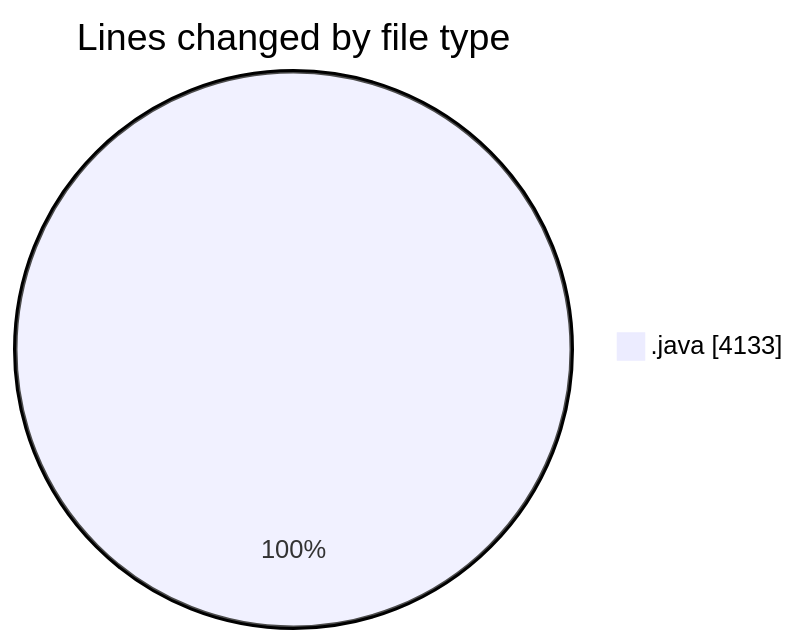
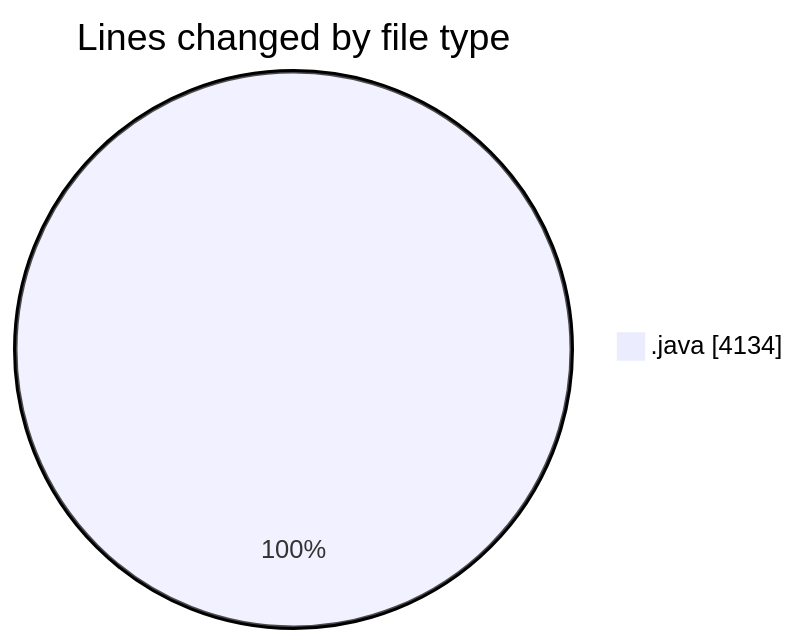
One commit to ricardozamudiocil/code-tracking changed the first of 2 diagrams in 2026-06-25/cilapp/README.md. Above: the diagram before and after it, drawn with Mermaid. The commit also changed other lines of this file and 1 other file, not shown here.

````diff
--- a/2026-06-25/cilapp/README.md
+++ b/2026-06-25/cilapp/README.md
@@ -21,5 +21,5 @@
 ```mermaid
 pie showData
 title Lines changed by file type
-".java" : 4133
+".java" : 4134
 ```
````
